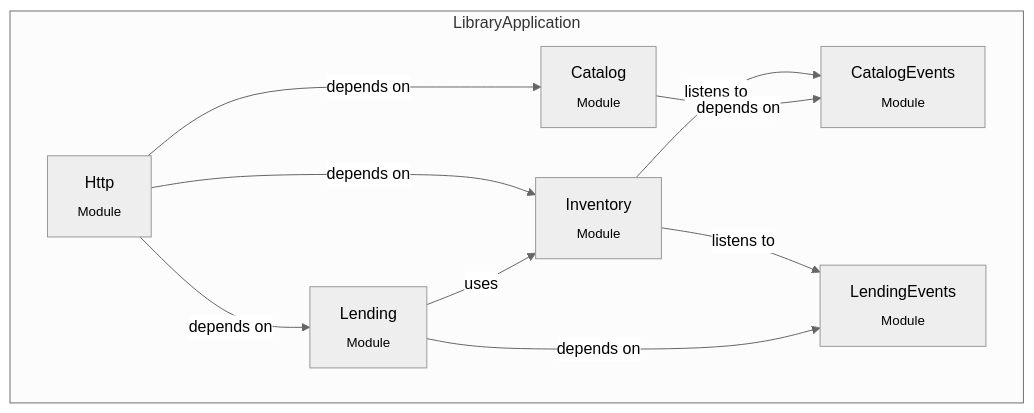
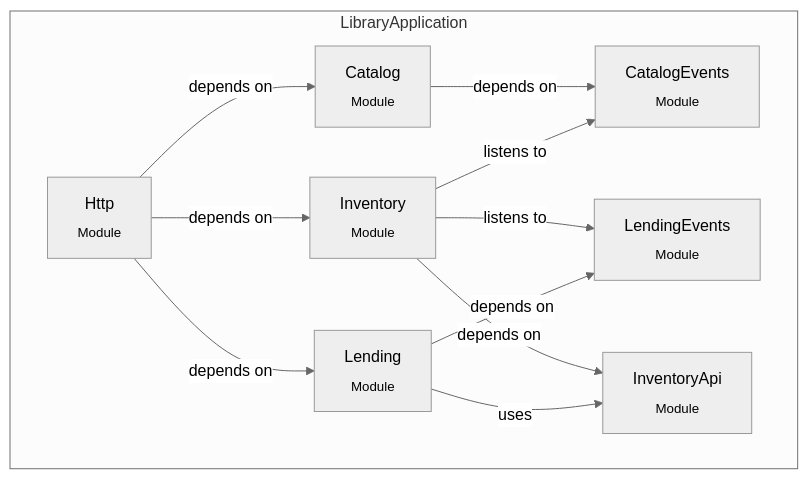
Before and after one commit to JamesMcMahon/spring-boot-demo-modulith: the second of 2 diagrams in README.md, drawn with Mermaid (neutral theme). The commit also changed 14 other files, not shown here.

Commit message:
Extract inventory api into module

````diff
--- a/README.md
+++ b/README.md
@@ -77,21 +77,26 @@
 ```mermaid
 graph TD
   subgraph LibraryApplication
-    CatalogEvents["CatalogEvents<br><sub>Module</sub>"]
-    LendingEvents["LendingEvents<br><sub>Module</sub>"]
-    Catalog["Catalog<br><sub>Module</sub>"]
-    Inventory["Inventory<br><sub>Module</sub>"]
-    Lending["Lending<br><sub>Module</sub>"]
-    Http["Http<br><sub>Module</sub>"]
+    catalogEvents[CatalogEvents<br><sub>Module</sub>]
+    lendingEvents[LendingEvents<br><sub>Module</sub>]
+    inventoryApi[InventoryApi<br><sub>Module</sub>]
+    catalog[Catalog<br><sub>Module</sub>]
+    inventory[Inventory<br><sub>Module</sub>]
+    lending[Lending<br><sub>Module</sub>]
+    http[Http<br><sub>Module</sub>]
   end
 
-%% Relationships
-  Http -->|depends on| Catalog
-  Http -->|depends on| Inventory
-  Http -->|depends on| Lending
-  Inventory -->|listens to| CatalogEvents
-  Inventory -->|listens to| LendingEvents
-  Lending -->|depends on| LendingEvents
-  Lending -->|uses| Inventory
-  Catalog -->|depends on| CatalogEvents
+%% HTTP depends on all 3 core modules
+  http -->|depends on| catalog
+  http -->|depends on| inventory
+  http -->|depends on| lending
+%% Catalog emits events
+  catalog -->|depends on| catalogEvents
+%% Inventory listens to events and depends on APIs
+  inventory -->|listens to| catalogEvents
+  inventory -->|listens to| lendingEvents
+  inventory -->|depends on| inventoryApi
+%% Lending depends on events and uses Inventory API
+  lending -->|depends on| lendingEvents
+  lending -->|uses| inventoryApi
 ```
````
